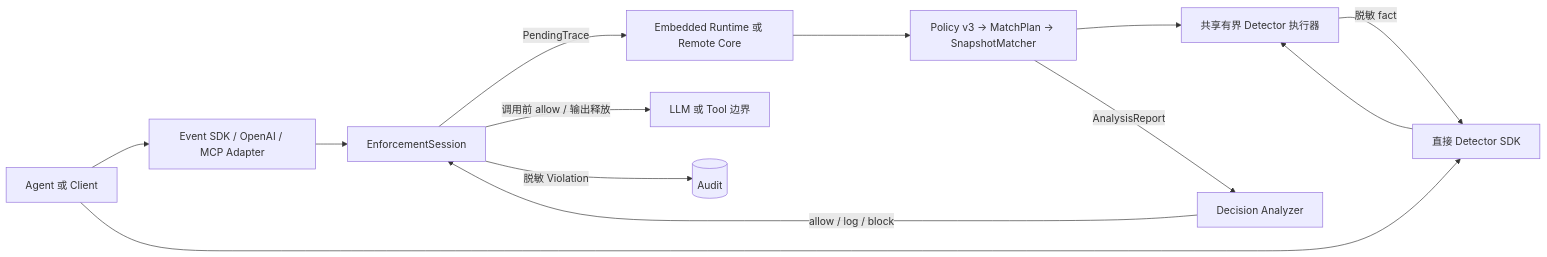
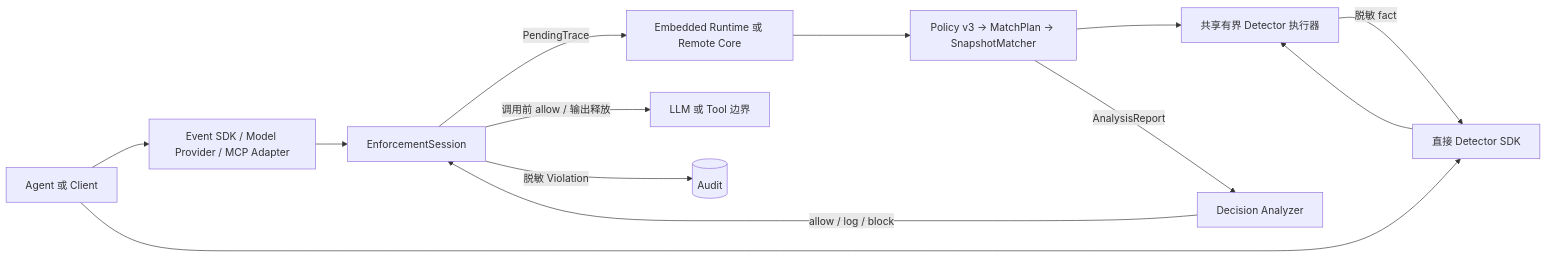
One commit to cipeizheng/agent-guardrail changed the diagram in README.zh-CN.md. Above: the diagram before and after it, drawn with Mermaid. The commit also changed other lines of this file and 33 other files, not shown here.

````diff
--- a/README.zh-CN.md
+++ b/README.zh-CN.md
@@ -40,15 +40,15 @@
 ```mermaid
 flowchart LR
-    A[Agent 或 Client] --> B[Event SDK / OpenAI / MCP Adapter]
+    A[Agent 或 Client] --> B[Event SDK / Model Provider / MCP Adapter]
     A --> I[直接 Detector SDK]
     B --> C[EnforcementSession]
     C -->|PendingTrace| D[Embedded Runtime 或 Remote Core]
     D --> E[Policy v3 → MatchPlan → SnapshotMatcher]
     E --> J[共享有界 Detector 执行器]
     I --> J
     J -->|脱敏 fact| I
     E -->|AnalysisReport| F[Decision Analyzer]
     F -->|allow / log / block| C
     C -->|调用前 allow / 输出释放| G[LLM 或 Tool 边界]
     C -->|脱敏 Violation| H[(Audit)]
 ```
````
